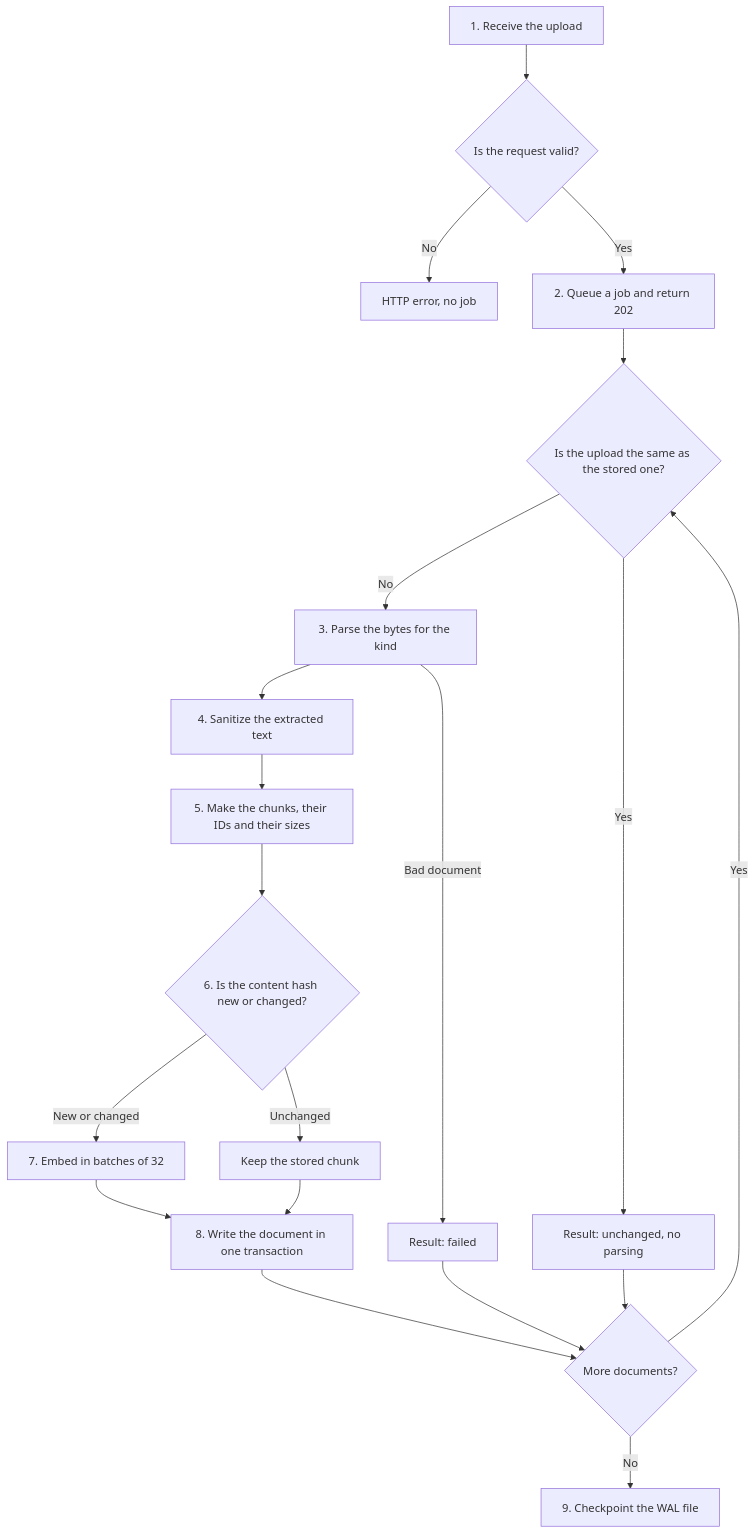
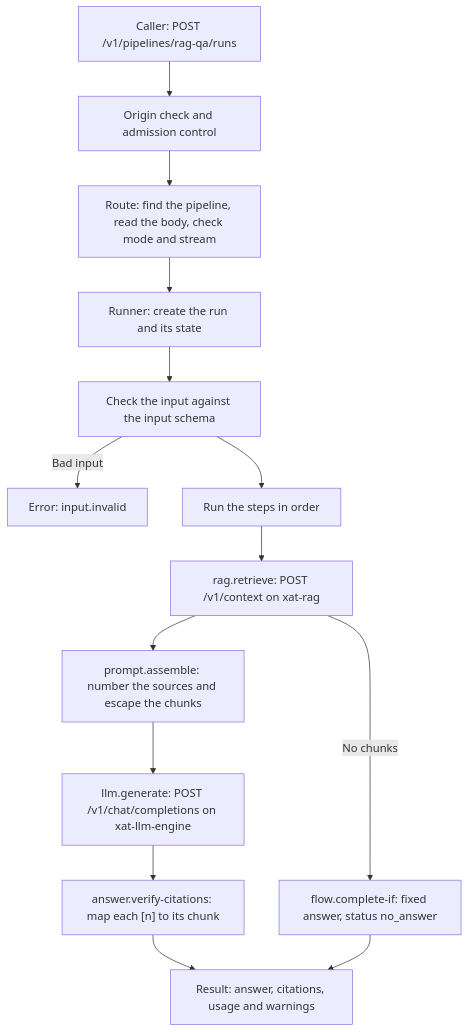
One commit to xatcap/xat-workflow-orchestrator changed the first of 2 diagrams in docs/how-it-works.md. Above: the diagram before and after it, drawn with Mermaid. The commit also changed other lines of this file and 51 other files, not shown here.

````diff
--- a/docs/how-it-works.md
+++ b/docs/how-it-works.md
@@ -51,22 +20,16 @@
 ```mermaid
 flowchart TD
-    upload["1. Receive the upload"] --> checks{"Is the request valid?"}
-    checks -- "No" --> reject["HTTP error, no job"]
-    checks -- "Yes" --> job["2. Queue a job and return 202"]
-    job --> same{"Is the upload the same as the stored one?"}
-    same -- "Yes" --> unchanged["Result: unchanged, no parsing"]
-    same -- "No" --> parse["3. Parse the bytes for the kind"]
-    parse --> sanitize["4. Sanitize the extracted text"]
-    sanitize --> chunk["5. Make the chunks, their IDs and their sizes"]
-    chunk --> compare{"6. Is the content hash new or changed?"}
-    compare -- "Unchanged" --> skip["Keep the stored chunk"]
-    compare -- "New or changed" --> embed["7. Embed in batches of 32"]
-    embed --> store["8. Write the document in one transaction"]
-    skip --> store
-    store --> more{"More documents?"}
-    more -- "Yes" --> same
-    more -- "No" --> checkpoint["9. Checkpoint the WAL file"]
-    parse -- "Bad document" --> failed["Result: failed"]
-    failed --> more
-    unchanged --> more
+    caller["Caller: POST /v1/pipelines/rag-qa/runs"] --> guard["Origin check and admission control"]
+    guard --> route["Route: find the pipeline, read the body, check mode and stream"]
+    route --> runner["Runner: create the run and its state"]
+    runner --> input["Check the input against the input schema"]
+    input -- "Bad input" --> badInput["Error: input.invalid"]
+    input --> steps["Run the steps in order"]
+    steps --> retrieve["rag.retrieve: POST /v1/context on xat-rag"]
+    retrieve -- "No chunks" --> noSources["flow.complete-if: fixed answer, status no_answer"]
+    retrieve --> assemble["prompt.assemble: number the sources and escape the chunks"]
+    assemble --> generate["llm.generate: POST /v1/chat/completions on xat-llm-engine"]
+    generate --> cite["answer.verify-citations: map each [n] to its chunk"]
+    cite --> answer["Result: answer, citations, usage and warnings"]
+    noSources --> answer
 ```
````
